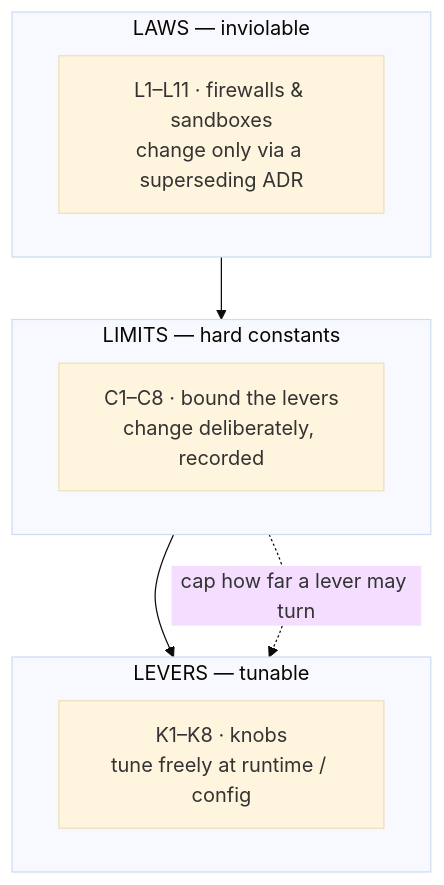
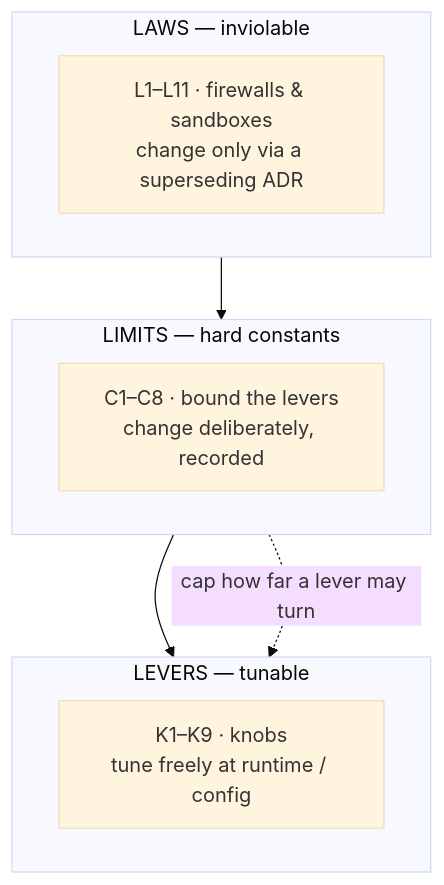
One commit to CarlosBurrlos/my-simple-day-os changed the third of 3 diagrams in docs/POLICY.md. Above: the diagram before and after it, drawn with Mermaid (base theme). The commit also changed other lines of this file and 3 other files, not shown here.

````diff
--- a/docs/POLICY.md
+++ b/docs/POLICY.md
@@ -151,14 +152,14 @@
 ```mermaid
 flowchart TB
     subgraph laws["LAWS — inviolable"]
         l["L1–L11 · firewalls & sandboxes<br/>change only via a superseding ADR"]
     end
     subgraph limits["LIMITS — hard constants"]
         c["C1–C8 · bound the levers<br/>change deliberately, recorded"]
     end
     subgraph levers["LEVERS — tunable"]
-        k["K1–K8 · knobs<br/>tune freely at runtime / config"]
+        k["K1–K9 · knobs<br/>tune freely at runtime / config"]
     end
     laws --> limits --> levers
     limits -. "cap how far a lever may turn" .-> levers
 ```
````
